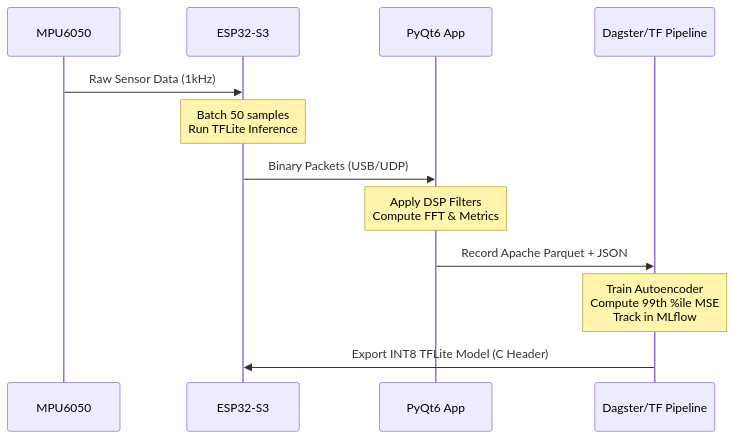
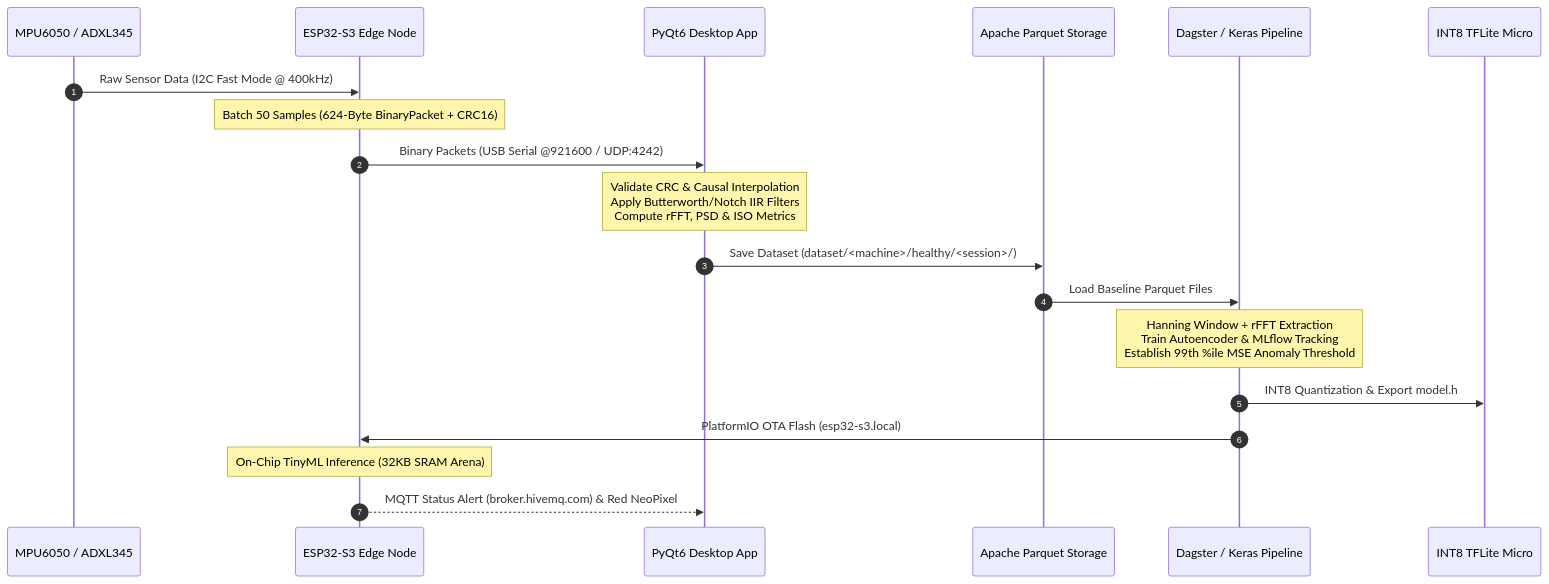
One commit to Dilharajay/MechaVybe changed the second of 2 diagrams in README.md. Above: the diagram before and after it, drawn with Mermaid. The commit also changed other lines of this file, not shown here.

````diff
--- a/README.md
+++ b/README.md
@@ -45,15 +46,22 @@
 ```mermaid
 sequenceDiagram
-    participant MPU as MPU6050
-    participant ESP as ESP32-S3
-    participant PC as PyQt6 App
-    participant ML as Dagster/TF Pipeline
+    autonumber
+    participant Sensor as MPU6050 / ADXL345
+    participant ESP as ESP32-S3 Edge Node
+    participant PC as PyQt6 Desktop App
+    participant Parquet as Apache Parquet Storage
+    participant Dagster as Dagster / Keras Pipeline
+    participant TFLite as INT8 TFLite Micro
 
-    MPU->>ESP: Raw Sensor Data (1kHz)
-    Note over ESP: Batch 50 samples<br/>Run TFLite Inference
-    ESP->>PC: Binary Packets (USB/UDP)
-    Note over PC: Apply DSP Filters<br/>Compute FFT & Metrics
-    PC->>ML: Record Apache Parquet + JSON
-    Note over ML: Train Autoencoder<br/>Compute 99th %ile MSE<br/>Track in MLflow
-    ML->>ESP: Export INT8 TFLite Model (C Header)
+    Sensor->>ESP: Raw Sensor Data (I2C Fast Mode @ 400kHz)
+    Note over ESP: Batch 50 Samples (624-Byte BinaryPacket + CRC16)
+    ESP->>PC: Binary Packets (USB Serial @921600 / UDP:4242)
+    Note over PC: Validate CRC & Causal Interpolation<br/>Apply Butterworth/Notch IIR Filters<br/>Compute rFFT, PSD & ISO Metrics
+    PC->>Parquet: Save Dataset (dataset/<machine>/healthy/<session>/)
+    Parquet->>Dagster: Load Baseline Parquet Files
+    Note over Dagster: Hanning Window + rFFT Extraction<br/>Train Autoencoder & MLflow Tracking<br/>Establish 99th %ile MSE Anomaly Threshold
+    Dagster->>TFLite: INT8 Quantization & Export model.h
+    Dagster->>ESP: PlatformIO OTA Flash (esp32-s3.local)
+    Note over ESP: On-Chip TinyML Inference (32KB SRAM Arena)
+    ESP-->>PC: MQTT Status Alert (broker.hivemq.com) & Red NeoPixel
 ```
````
